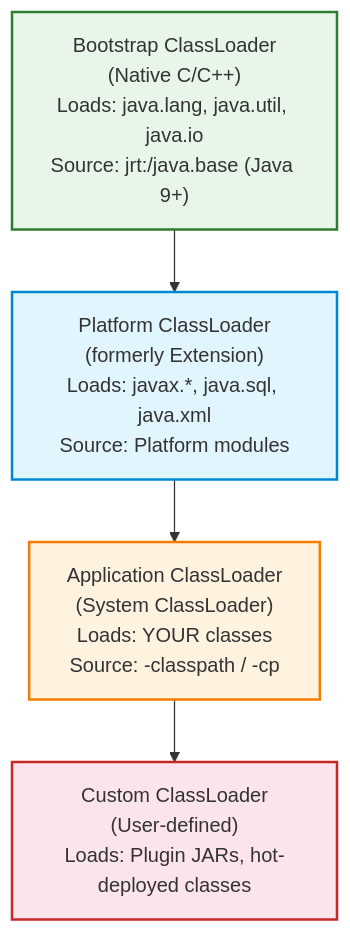
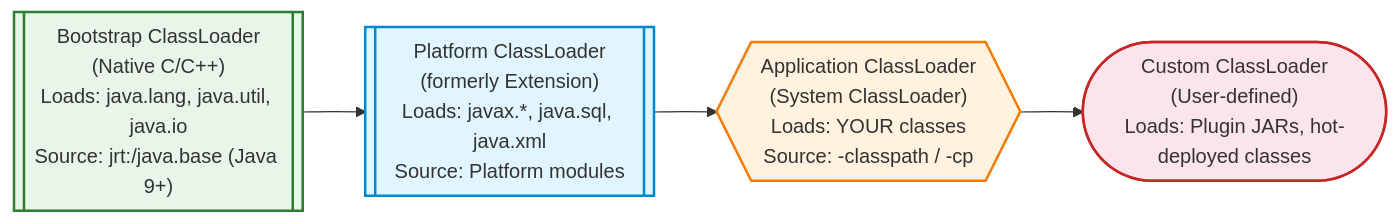
The first of 4 diagrams in docs/java/ClassLoaders.md (saivamsikaruturi/vamsilabs-dev-notes-main), drawn with Mermaid before and after one commit. The commit also changed other lines of this file and 146 other files, not shown here.

Commit message:
Horizontal diagrams, UML class diagrams, typography overhaul, and permalink cleanup

````diff
--- a/docs/java/ClassLoaders.md
+++ b/docs/java/ClassLoaders.md
@@ -11,16 +11,16 @@
 ```mermaid
-graph TD
-    BOOT["Bootstrap ClassLoader<br/>(Native C/C++)<br/>Loads: java.lang, java.util, java.io<br/>Source: jrt:/java.base (Java 9+)"]
-    PLAT["Platform ClassLoader<br/>(formerly Extension)<br/>Loads: javax.*, java.sql, java.xml<br/>Source: Platform modules"]
-    APP["Application ClassLoader<br/>(System ClassLoader)<br/>Loads: YOUR classes<br/>Source: -classpath / -cp"]
-    CUSTOM["Custom ClassLoader<br/>(User-defined)<br/>Loads: Plugin JARs, hot-deployed classes"]
+flowchart LR
+    BOOT[["Bootstrap ClassLoader<br/>(Native C/C++)<br/>Loads: java.lang, java.util, java.io<br/>Source: jrt:/java.base (Java 9+)"]]
+    PLAT[["Platform ClassLoader<br/>(formerly Extension)<br/>Loads: javax.*, java.sql, java.xml<br/>Source: Platform modules"]]
+    APP{{"Application ClassLoader<br/>(System ClassLoader)<br/>Loads: YOUR classes<br/>Source: -classpath / -cp"}}
+    CUSTOM(["Custom ClassLoader<br/>(User-defined)<br/>Loads: Plugin JARs, hot-deployed classes"])
 
     BOOT --> PLAT
     PLAT --> APP
     APP --> CUSTOM
 
     style BOOT fill:#e8f5e9,stroke:#2e7d32,stroke-width:2px
     style PLAT fill:#e1f5fe,stroke:#0288d1,stroke-width:2px
     style APP fill:#fff3e0,stroke:#f57c00,stroke-width:2px
     style CUSTOM fill:#fce4ec,stroke:#c62828,stroke-width:2px
 ```
````
